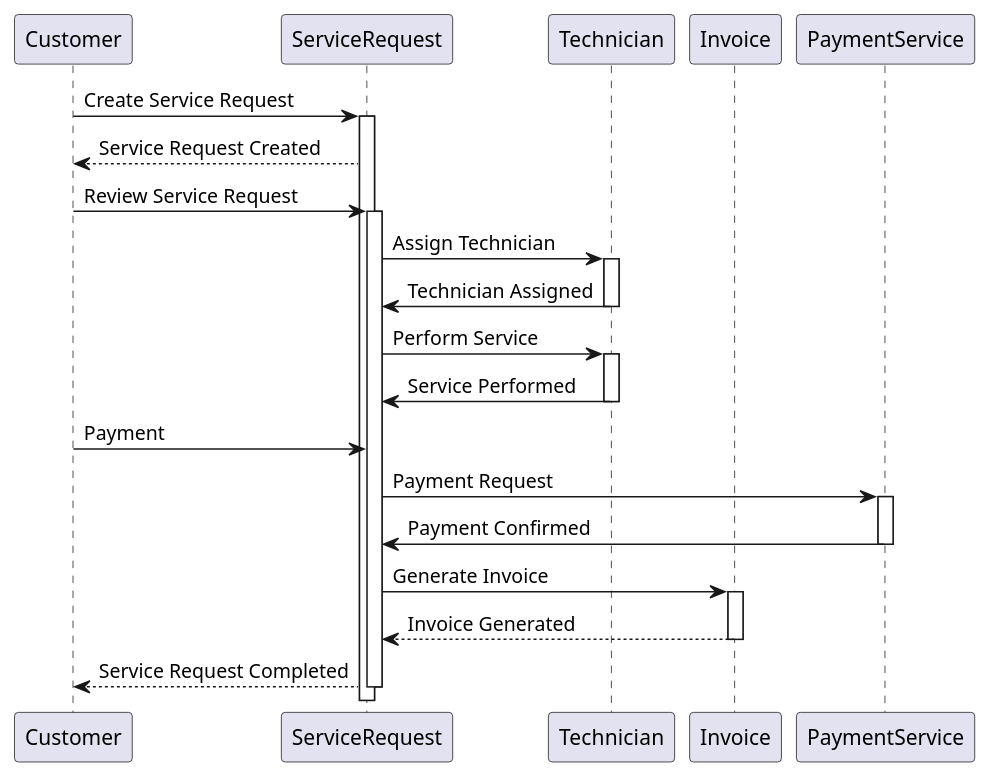
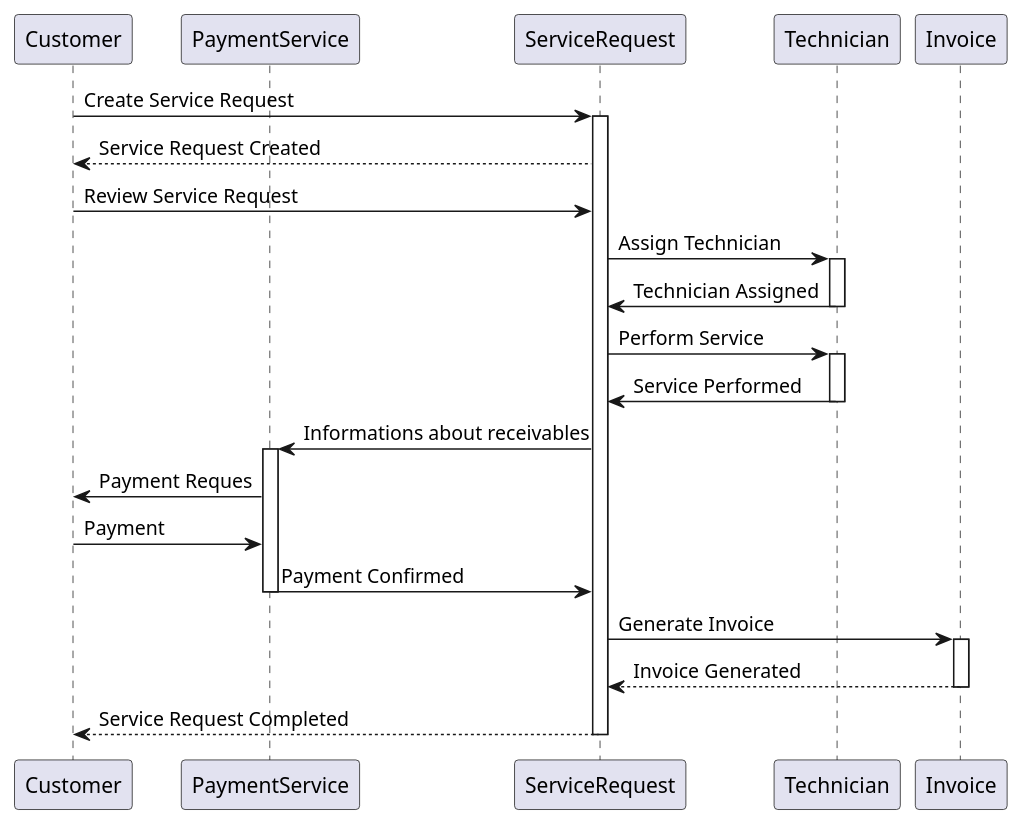
Before and after one commit to Fluorky/Computer-Service-Django-Api: the diagram in umlDiagrams/computer_service_sequence_diagram.plantuml, drawn with PlantUML. The commit also changed 2 other files, not shown here.

Commit message:
Update plantuml diagrams

```diff
--- a/umlDiagrams/computer_service_sequence_diagram.plantuml
+++ b/umlDiagrams/computer_service_sequence_diagram.plantuml
@@ -1,41 +1,48 @@
 @startuml
 
 participant "Customer" as Customer
+participant "PaymentService" as PaymentService
 participant "ServiceRequest" as ServiceRequest
 participant "Technician" as Technician
 participant "Invoice" as Invoice
+
 
 Customer -> ServiceRequest: Create Service Request
 activate ServiceRequest
 
 ServiceRequest --> Customer: Service Request Created
 
 Customer -> ServiceRequest: Review Service Request
-activate ServiceRequest
+
 
 ServiceRequest -> Technician: Assign Technician
 activate Technician
 
 Technician -> ServiceRequest: Technician Assigned
 deactivate Technician
 
 ServiceRequest -> Technician: Perform Service
 activate Technician
 
 Technician -> ServiceRequest: Service Performed
 deactivate Technician
-Customer -> ServiceRequest: Payment
-ServiceRequest -> PaymentService: Payment Request
+
+ServiceRequest -> PaymentService : Informations about receivables
 activate PaymentService
-PaymentService -> ServiceRequest : Payment Confirmed
+PaymentService -> Customer: Payment Reques
+
+
+Customer -> PaymentService: Payment
+
+ServiceRequest <- PaymentService  : Payment Confirmed
 deactivate PaymentService
 ServiceRequest -> Invoice: Generate Invoice
 activate Invoice
 
 Invoice --> ServiceRequest: Invoice Generated
 deactivate Invoice
 
 ServiceRequest --> Customer: Service Request Completed
 deactivate ServiceRequest
 
 @enduml
```
